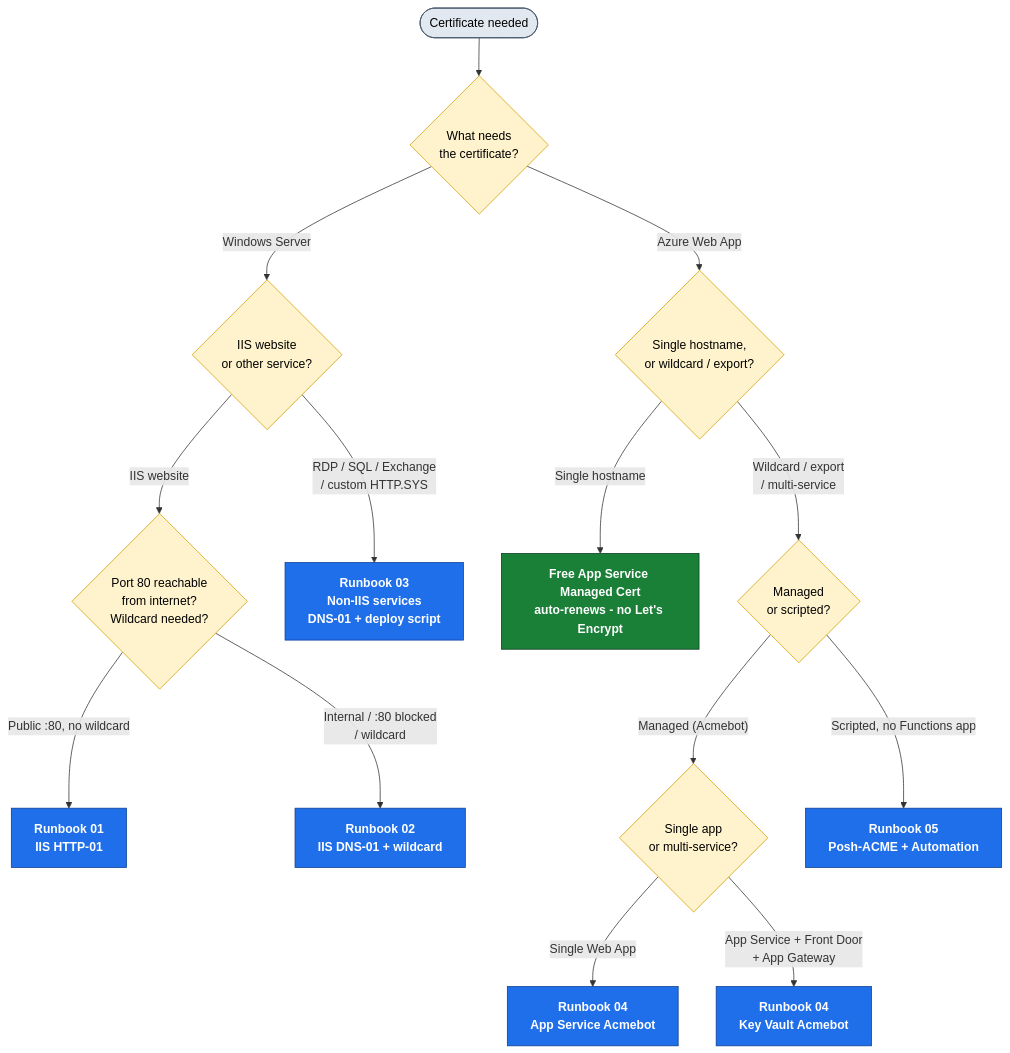
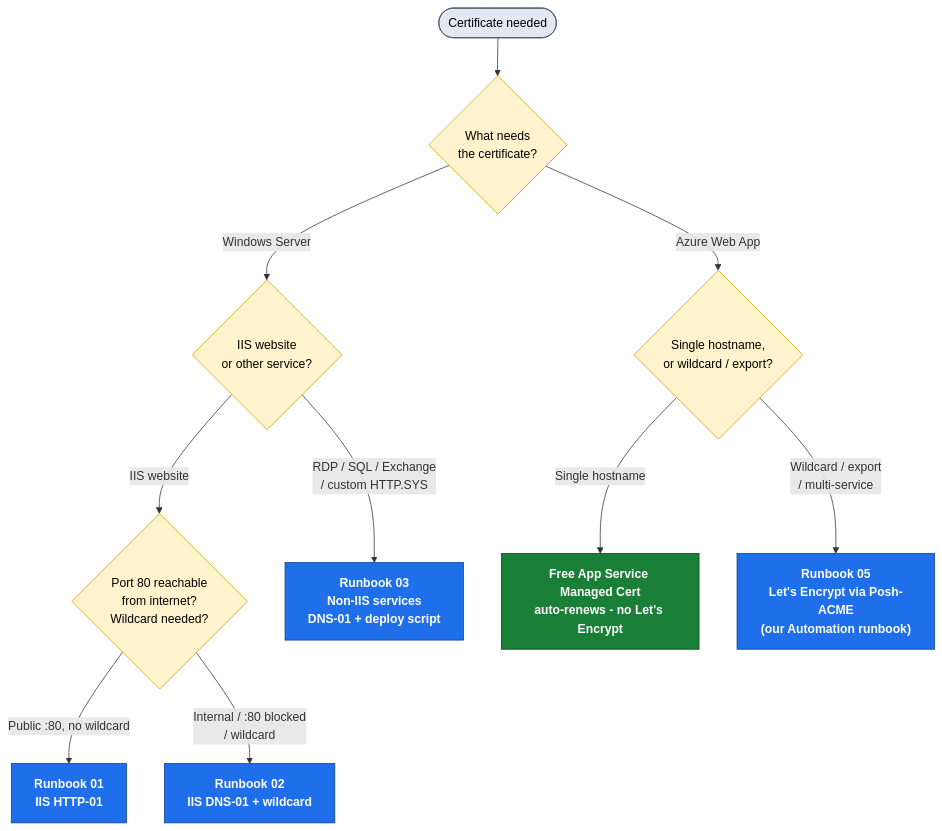
One commit to xphox2/Cert-Man-Windows changed the diagram in docs/diagrams/src/master-decision-flow.mmd. Above: the diagram before and after it, drawn with Mermaid. The commit also changed 19 other files, not shown here.

Commit message:
Drop third-party Acmebot; Azure LE = our Posh-ACME runbook (v0.1.21)

```diff
--- a/docs/diagrams/src/master-decision-flow.mmd
+++ b/docs/diagrams/src/master-decision-flow.mmd
@@ -1,27 +1,23 @@
 flowchart TD
     Start([Certificate needed]) --> Q1{What needs<br/>the certificate?}
 
     Q1 -->|Windows Server| W{IIS website<br/>or other service?}
     Q1 -->|Azure Web App| AZ{Single hostname,<br/>or wildcard / export?}
 
     W -->|IIS website| WP{Port 80 reachable<br/>from internet?<br/>Wildcard needed?}
     W -->|"RDP / SQL / Exchange<br/>/ custom HTTP.SYS"| R03["Runbook 03<br/>Non-IIS services<br/>DNS-01 + deploy script"]
 
     WP -->|"Public :80, no wildcard"| R01["Runbook 01<br/>IIS HTTP-01"]
     WP -->|"Internal / :80 blocked<br/>/ wildcard"| R02["Runbook 02<br/>IIS DNS-01 + wildcard"]
 
     AZ -->|"Single hostname"| ASMC["Free App Service Managed Cert<br/>auto-renews - no Let's Encrypt"]
-    AZ -->|"Wildcard / export<br/>/ multi-service"| A{Managed<br/>or scripted?}
-    A -->|"Managed (Acmebot)"| AB{Single app<br/>or multi-service?}
-    A -->|"Scripted, no Functions app"| R05["Runbook 05<br/>Posh-ACME + Automation"]
-    AB -->|Single Web App| R04a["Runbook 04<br/>App Service Acmebot"]
-    AB -->|"App Service + Front Door<br/>+ App Gateway"| R04b["Runbook 04<br/>Key Vault Acmebot"]
+    AZ -->|"Wildcard / export<br/>/ multi-service"| R05["Runbook 05<br/>Let's Encrypt via Posh-ACME<br/>(our Automation runbook)"]
 
     classDef rb fill:#1f6feb,stroke:#0b3d91,color:#ffffff,font-weight:bold;
     classDef dec fill:#fff3cd,stroke:#d39e00,color:#000000;
     classDef ep fill:#e2e8f0,stroke:#475569,color:#000000;
     classDef free fill:#1a7f37,stroke:#0b3d20,color:#ffffff,font-weight:bold;
-    class R01,R02,R03,R04a,R04b,R05 rb;
-    class Q1,W,WP,AZ,A,AB dec;
+    class R01,R02,R03,R05 rb;
+    class Q1,W,WP,AZ dec;
     class Start ep;
     class ASMC free;
```
